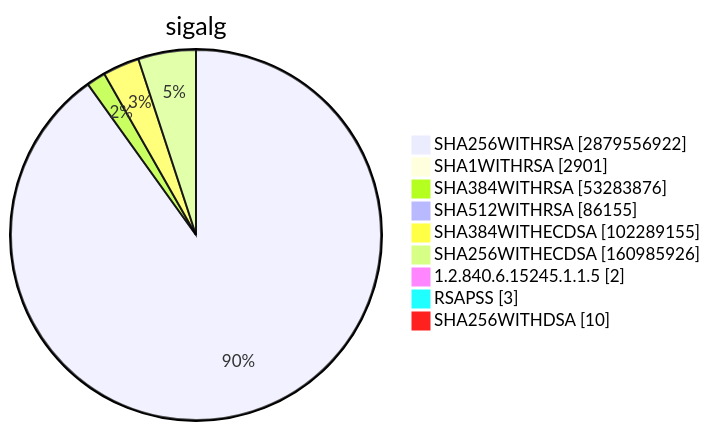
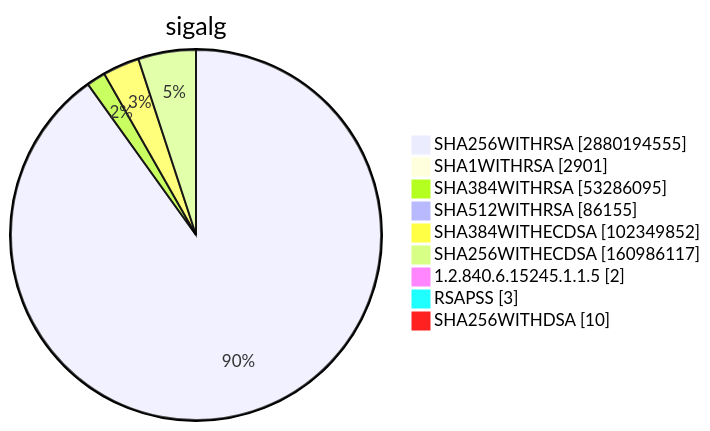
Before and after one commit to christiankrug/ctmonitor_visualization: diagram 15 of 15 in TOTAL/README.md, drawn with Mermaid. The commit also changed other lines of this file, not shown here.

````diff
--- a/TOTAL/README.md
+++ b/TOTAL/README.md
@@ -6207,13 +6207,13 @@
 ```mermaid
 pie showData
 title sigalg
-"SHA256WITHRSA" :2879556922
+"SHA256WITHRSA" :2880194555
 "SHA1WITHRSA" :2901
-"SHA384WITHRSA" :53283876
+"SHA384WITHRSA" :53286095
 "SHA512WITHRSA" :86155
-"SHA384WITHECDSA" :102289155
-"SHA256WITHECDSA" :160985926
+"SHA384WITHECDSA" :102349852
+"SHA256WITHECDSA" :160986117
 "1.2.840.6.15245.1.1.5" :2
 "RSAPSS" :3
 "SHA256WITHDSA" :10
 ```
````
